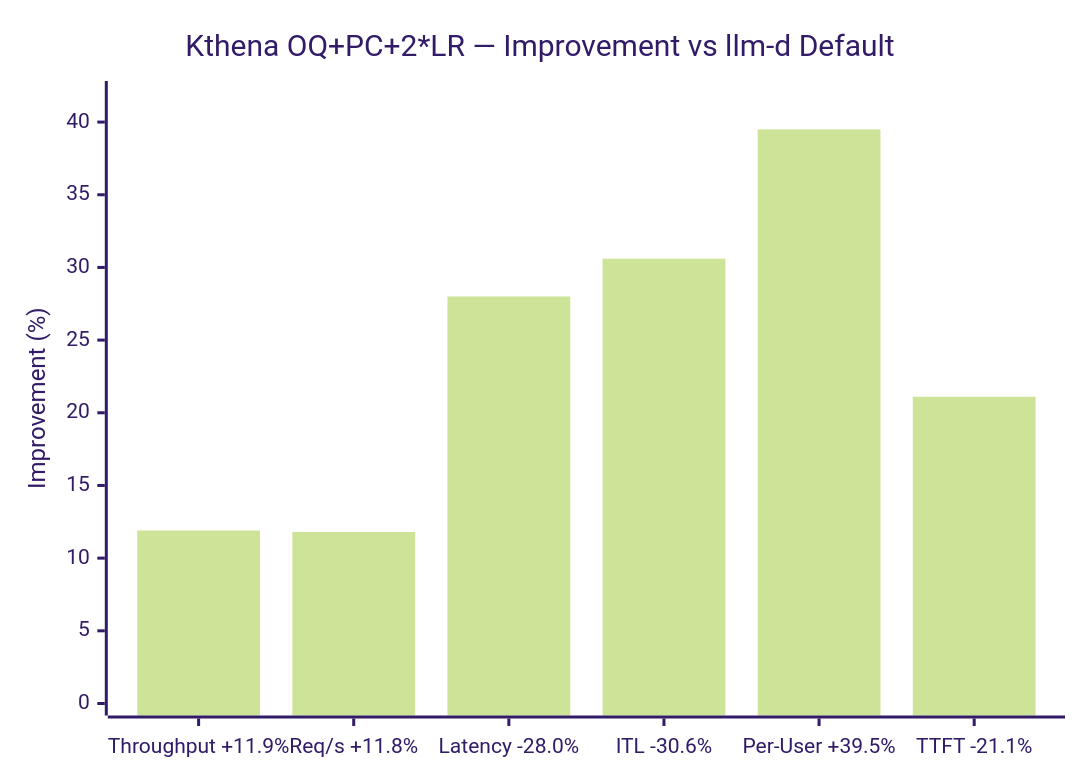
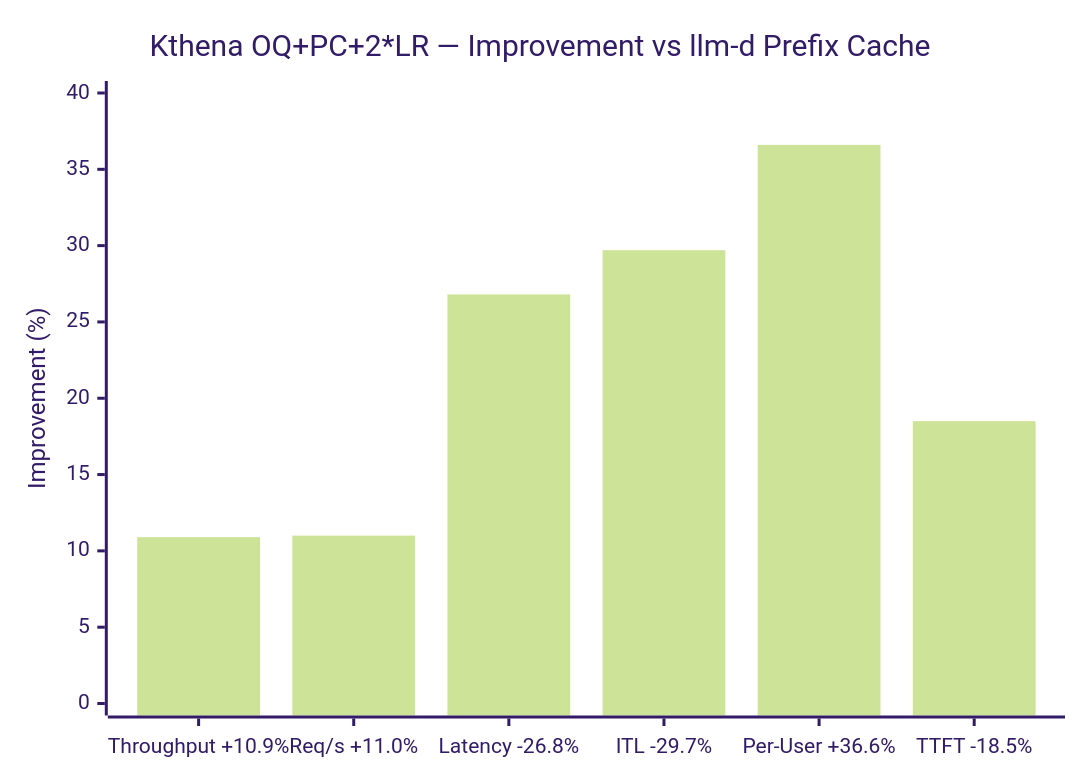
The seventh of 9 diagrams in benchmark-report-concurrency-40.md (YaoZengzeng/kthena), drawn with Mermaid (forest theme) before and after one commit. The commit also changed other lines of this file and 1 other file, not shown here.

````diff
--- a/benchmark-report-concurrency-40.md
+++ b/benchmark-report-concurrency-40.md
@@ -132,7 +132,7 @@
 ```mermaid
 xychart-beta
-    title "Kthena OQ+PC+2*LR — Improvement vs llm-d Default"
-    x-axis ["Throughput +11.9%", "Req/s +11.8%", "Latency -28.0%", "ITL -30.6%", "Per-User +39.5%", "TTFT -21.1%"]
-    y-axis "Improvement (%)" 0 --> 42
-    bar [11.9, 11.8, 28.0, 30.6, 39.5, 21.1]
+    title "Kthena OQ+PC+2*LR — Improvement vs llm-d Prefix Cache"
+    x-axis ["Throughput +10.9%", "Req/s +11.0%", "Latency -26.8%", "ITL -29.7%", "Per-User +36.6%", "TTFT -18.5%"]
+    y-axis "Improvement (%)" 0 --> 40
+    bar [10.9, 11.0, 26.8, 29.7, 36.6, 18.5]
 ```
````
